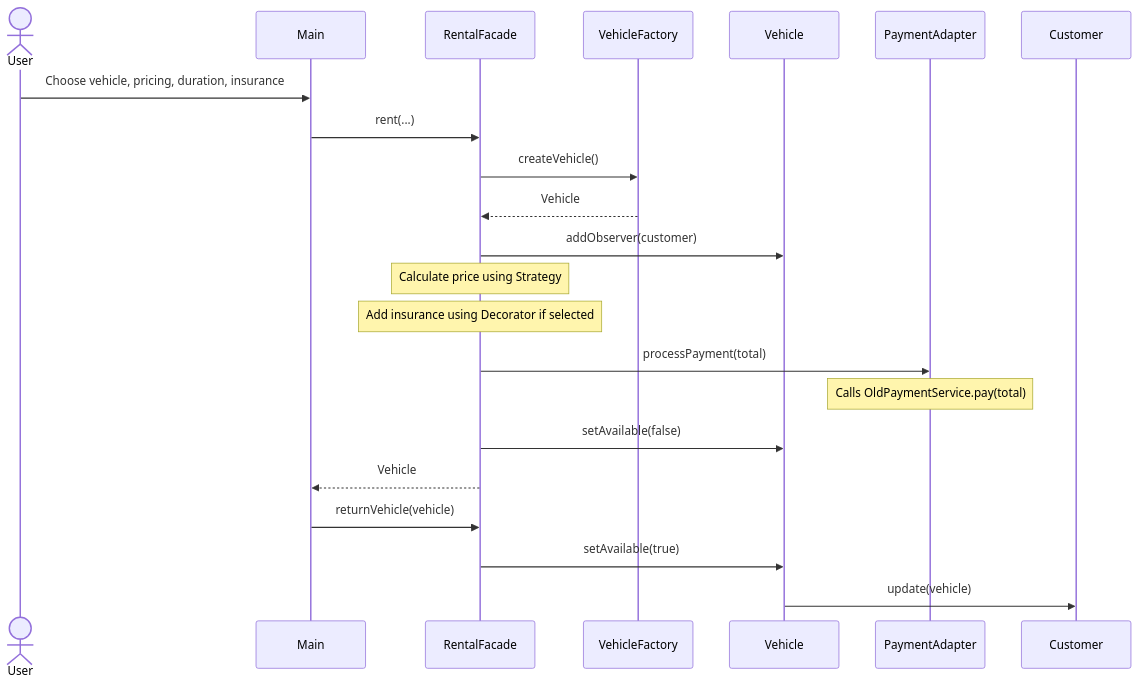
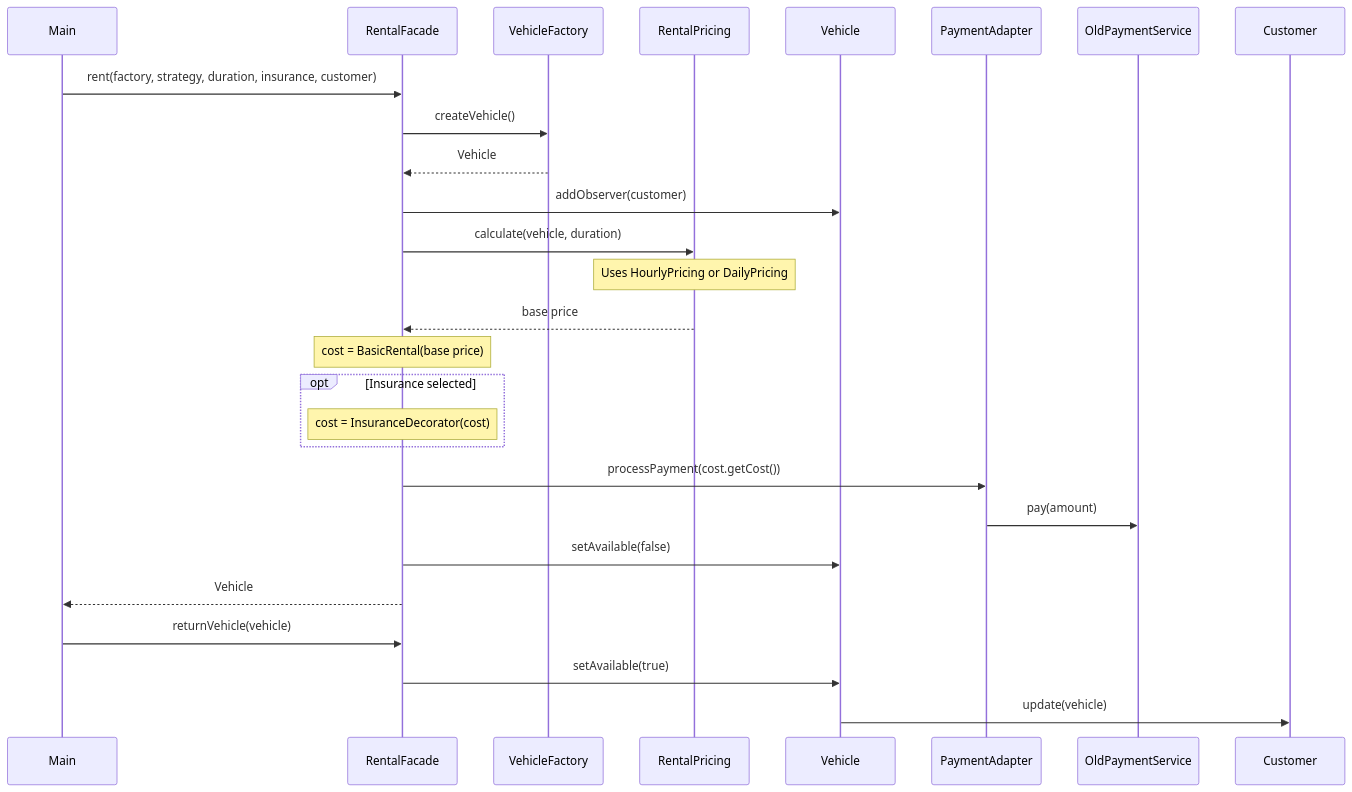
One commit to Nurgissa17/Vehicle-Rental-Service changed the second of 2 diagrams in README.md. Above: the diagram before and after it, drawn with Mermaid. The commit also changed other lines of this file, not shown here.

````diff
--- a/README.md
+++ b/README.md
@@ -86,25 +101,30 @@
 ```mermaid
 sequenceDiagram
-    actor User
     participant Main
     participant Facade as RentalFacade
     participant Factory as VehicleFactory
+    participant Pricing as RentalPricing
     participant Vehicle
     participant Payment as PaymentAdapter
+    participant OldPaymentService
     participant Customer
 
-    User->>Main: Choose vehicle, pricing, duration, insurance
-    Main->>Facade: rent(...)
+    Main->>Facade: rent(factory, strategy, duration, insurance, customer)
     Facade->>Factory: createVehicle()
     Factory-->>Facade: Vehicle
     Facade->>Vehicle: addObserver(customer)
-    Note over Facade: Calculate price using Strategy
-    Note over Facade: Add insurance using Decorator if selected
-    Facade->>Payment: processPayment(total)
-    Note over Payment: Calls OldPaymentService.pay(total)
+    Facade->>Pricing: calculate(vehicle, duration)
+    Note over Pricing: Uses HourlyPricing or DailyPricing
+    Pricing-->>Facade: base price
+    Note over Facade: cost = BasicRental(base price)
+    opt Insurance selected
+        Note over Facade: cost = InsuranceDecorator(cost)
+    end
+    Facade->>Payment: processPayment(cost.getCost())
+    Payment->>OldPaymentService: pay(amount)
     Facade->>Vehicle: setAvailable(false)
     Facade-->>Main: Vehicle
     Main->>Facade: returnVehicle(vehicle)
     Facade->>Vehicle: setAvailable(true)
     Vehicle->>Customer: update(vehicle)
 ```
````
